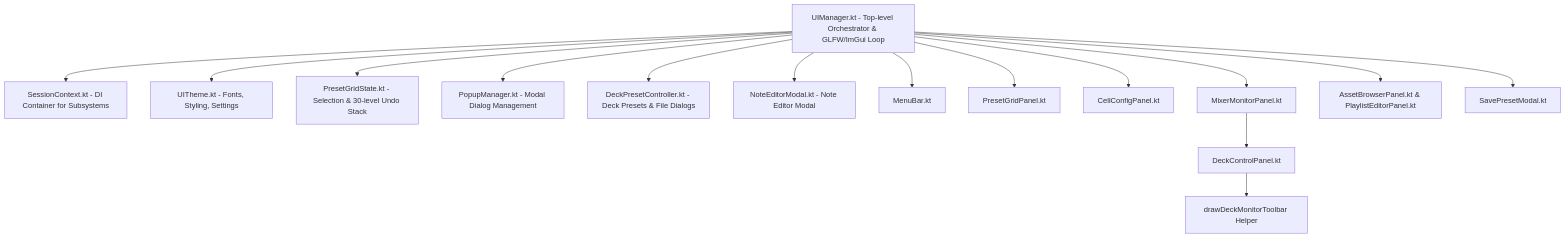
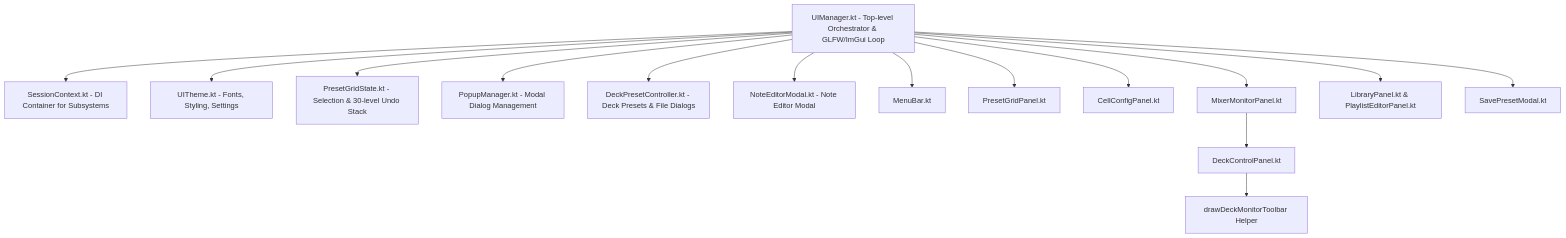
One commit to greenjon/liquid-lsd changed the diagram in docs/developer/ui.md. Above: the diagram before and after it, drawn with Mermaid. The commit also changed 17 other files, not shown here.

Commit message:
Refactor 3-column dock panel and settings from Asset Browser to Library

````diff
--- a/docs/developer/ui.md
+++ b/docs/developer/ui.md
@@ -9,28 +9,28 @@
 ```mermaid
 graph TD
     UIManager[UIManager.kt - Top-level Orchestrator & GLFW/ImGui Loop]
     
     SessionContext[SessionContext.kt - DI Container for Subsystems]
     UITheme[UITheme.kt - Fonts, Styling, Settings]
     PresetGridState[PresetGridState.kt - Selection & 30-level Undo Stack]
     PopupManager[PopupManager.kt - Modal Dialog Management]
     DeckPresetController[DeckPresetController.kt - Deck Presets & File Dialogs]
     NoteEditorModal[NoteEditorModal.kt - Note Editor Modal]
     
     UIManager --> SessionContext
     UIManager --> UITheme
     UIManager --> PresetGridState
     UIManager --> PopupManager
     UIManager --> DeckPresetController
     UIManager --> NoteEditorModal
     
     UIManager --> MenuBar[MenuBar.kt]
     UIManager --> PresetGridPanel[PresetGridPanel.kt]
     UIManager --> CellConfigPanel[CellConfigPanel.kt]
     UIManager --> MixerMonitorPanel[MixerMonitorPanel.kt]
-    UIManager --> AssetBrowserPanel[AssetBrowserPanel.kt & PlaylistEditorPanel.kt]
+    UIManager --> LibraryPanel[LibraryPanel.kt & PlaylistEditorPanel.kt]
     
     MixerMonitorPanel --> DeckControlPanel[DeckControlPanel.kt]
     DeckControlPanel --> drawDeckMonitorToolbar[drawDeckMonitorToolbar Helper]
     UIManager --> SavePresetModal[SavePresetModal.kt]
 ```
````
